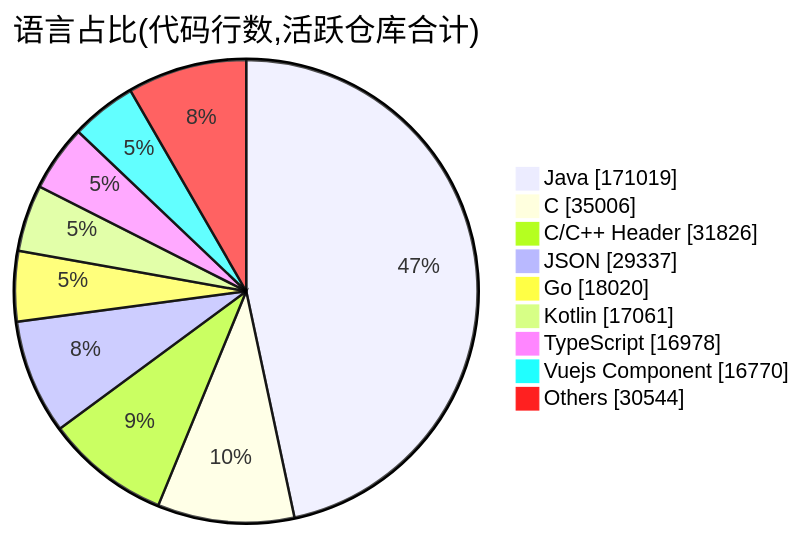
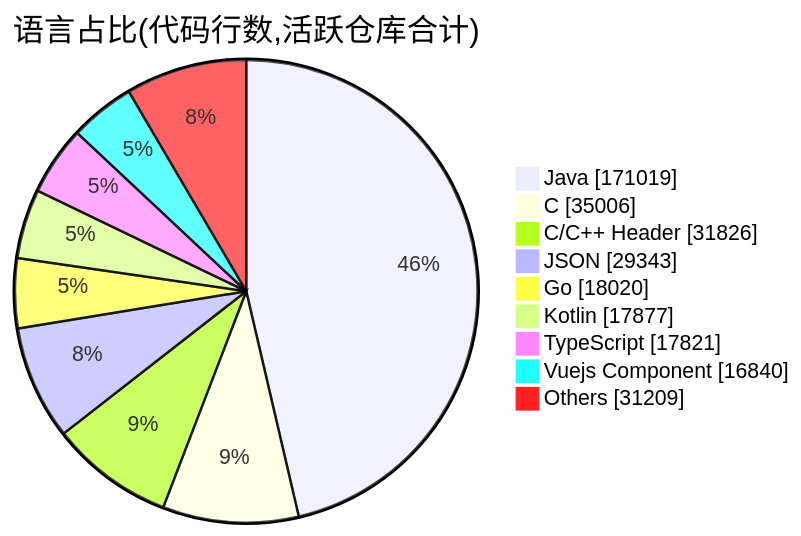
The second of 2 diagrams in profile/README.md (Conflux-Union/.github), drawn with Mermaid before and after one commit. The commit also changed other lines of this file and 1 other file, not shown here.

````diff
--- a/profile/README.md
+++ b/profile/README.md
@@ -79,13 +79,13 @@
 ```mermaid
 pie showData
     title 语言占比(代码行数,活跃仓库合计)
     "Java" : 171019
     "C" : 35006
     "C/C++ Header" : 31826
-    "JSON" : 29337
+    "JSON" : 29343
     "Go" : 18020
-    "Kotlin" : 17061
-    "TypeScript" : 16978
-    "Vuejs Component" : 16770
-    "Others" : 30544
+    "Kotlin" : 17877
+    "TypeScript" : 17821
+    "Vuejs Component" : 16840
+    "Others" : 31209
 ```
````
